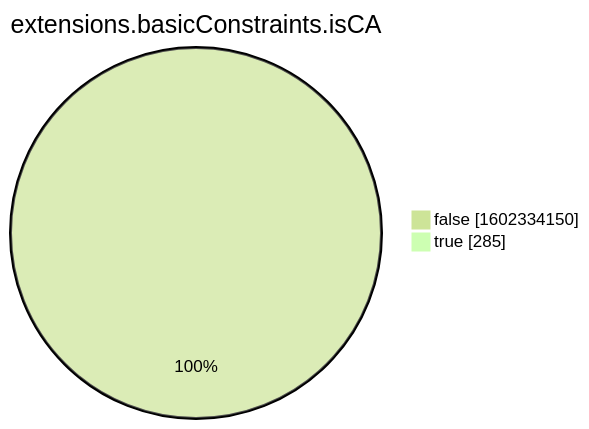
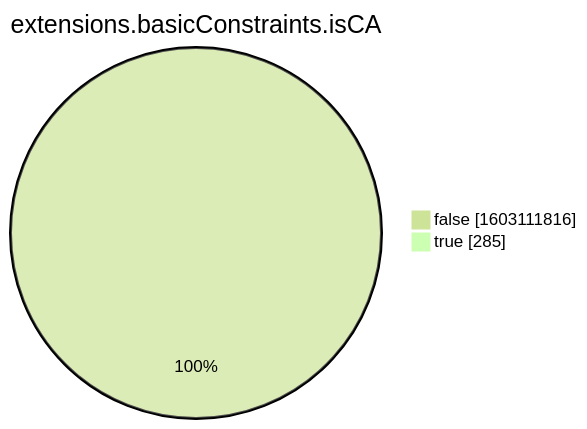
Before and after one commit to christiankrug/ctmonitor_visualization: the eighth of 15 diagrams in xenon2022/README.md, drawn with Mermaid (forest theme). The commit also changed other lines of this file, not shown here.

````diff
--- a/xenon2022/README.md
+++ b/xenon2022/README.md
@@ -2862,6 +2862,6 @@
 ```mermaid
 pie showData
 title extensions.basicConstraints.isCA
-"false" :1602334150
+"false" :1603111816
 "true" :285
 ```
````
